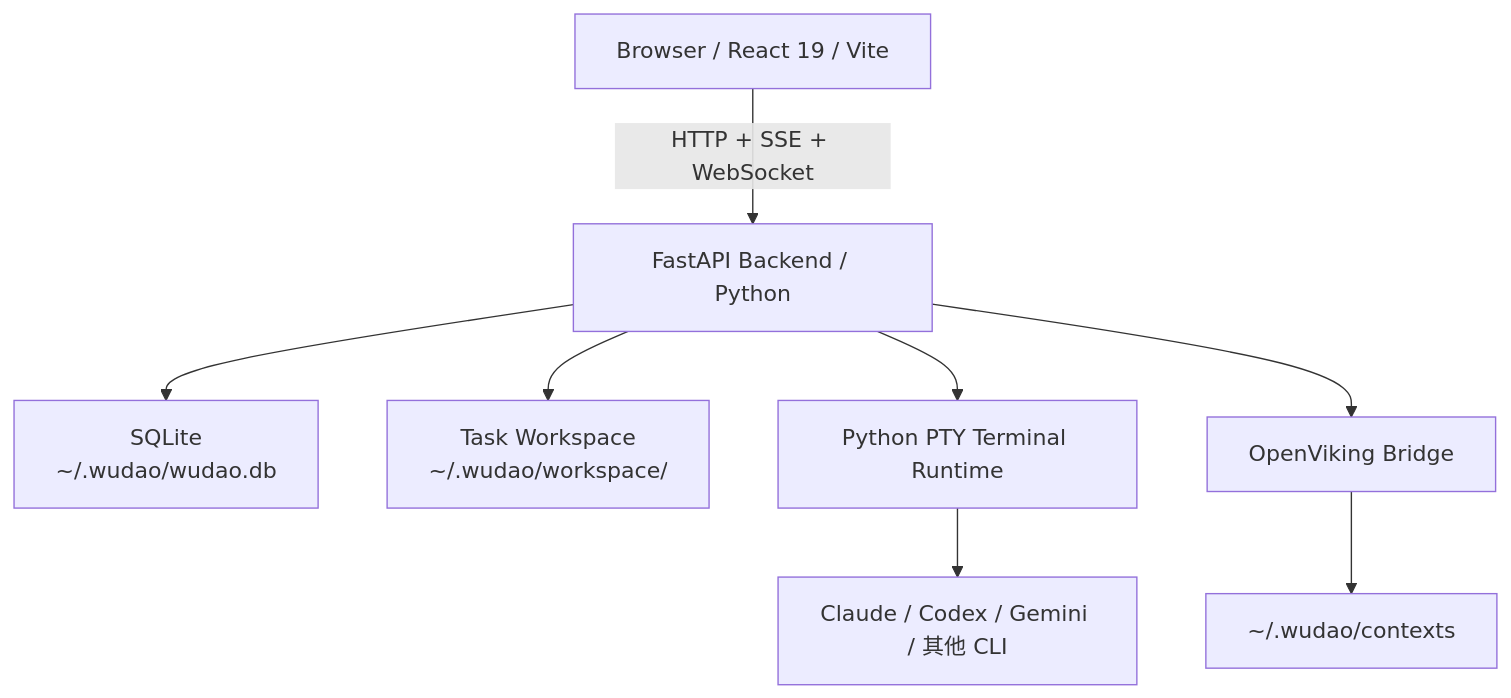
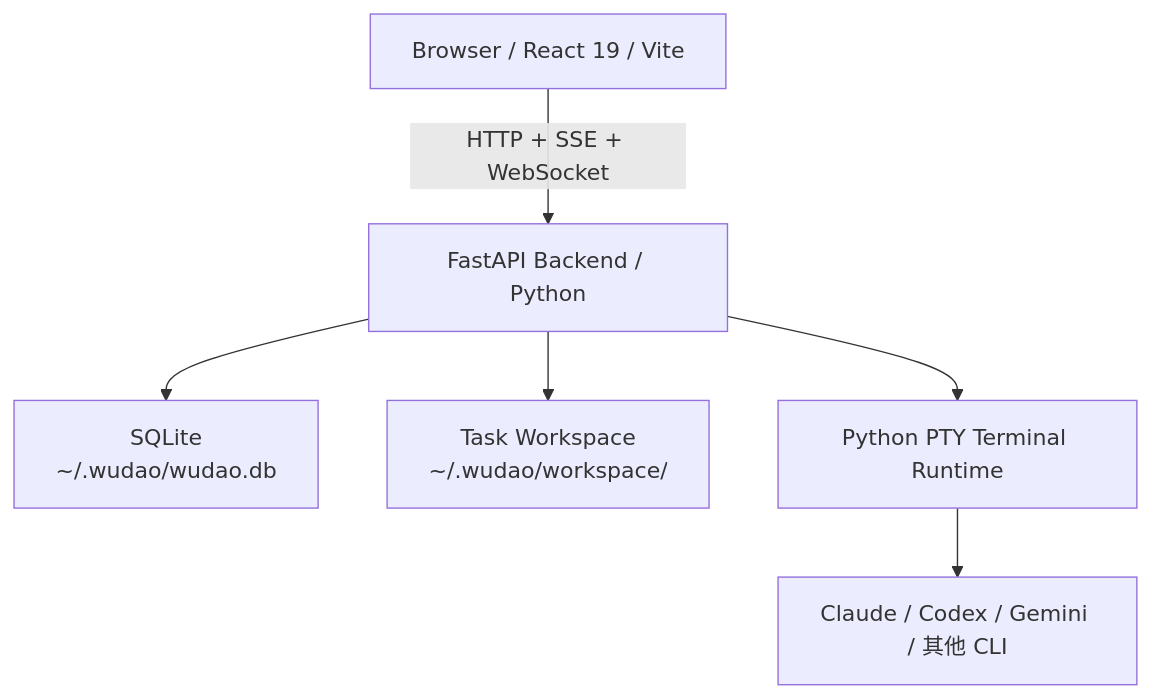
The diagram in README.md (zth9/wudao), drawn with Mermaid before and after one commit. The commit also changed other lines of this file and 21 other files, not shown here.

Commit message:
Remove OpenViking memory integration

````diff
--- a/README.md
+++ b/README.md
@@ -24,10 +24,8 @@
 ```mermaid
 flowchart TD
     A[Browser / React 19 / Vite] -->|HTTP + SSE + WebSocket| B[FastAPI Backend / Python]
     B --> C[SQLite\n~/.wudao/wudao.db]
     B --> D[Task Workspace\n~/.wudao/workspace/<taskId>]
     B --> E[Python PTY Terminal Runtime]
-    B --> F[OpenViking Bridge]
     E --> G[Claude / Codex / Gemini / 其他 CLI]
-    F --> H[~/.wudao/contexts]
 ```
````
